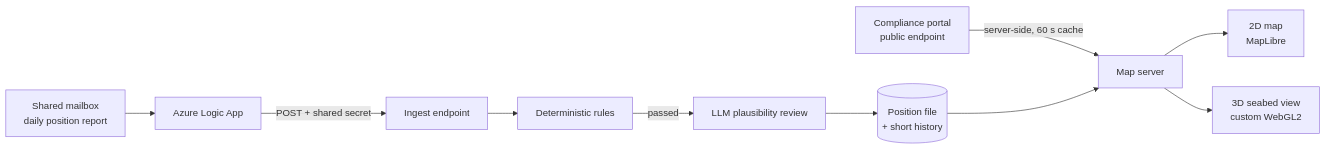
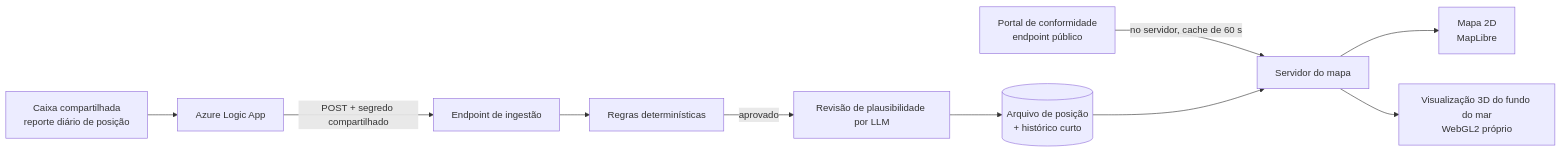
The diagram in README.md (hnryguchi/case-study-maritime-operations-map), drawn with Mermaid before and after one commit. The commit also changed other lines of this file and 3 other files, not shown here.

````diff
--- a/README.md
+++ b/README.md
@@ -26,12 +28,12 @@
 ```mermaid
 flowchart LR
-  MB[Shared mailbox<br/>daily position report] --> LA[Azure Logic App]
-  LA -->|POST + shared secret| ING[Ingest endpoint]
-  ING --> RULES[Deterministic rules]
-  RULES -->|passed| LLM[LLM plausibility review]
-  LLM --> POS[(Position file<br/>+ short history)]
-  PORTAL[Compliance portal<br/>public endpoint] -->|server-side, 60 s cache| SRV[Map server]
+  MB[Caixa compartilhada<br/>reporte diário de posição] --> LA[Azure Logic App]
+  LA -->|POST + segredo compartilhado| ING[Endpoint de ingestão]
+  ING --> RULES[Regras determinísticas]
+  RULES -->|aprovado| LLM[Revisão de plausibilidade por LLM]
+  LLM --> POS[(Arquivo de posição<br/>+ histórico curto)]
+  PORTAL[Portal de conformidade<br/>endpoint público] -->|no servidor, cache de 60 s| SRV[Servidor do mapa]
   POS --> SRV
-  SRV --> MAP2D[2D map<br/>MapLibre]
-  SRV --> MAP3D[3D seabed view<br/>custom WebGL2]
+  SRV --> MAP2D[Mapa 2D<br/>MapLibre]
+  SRV --> MAP3D[Visualização 3D do fundo do mar<br/>WebGL2 próprio]
 ```
````
